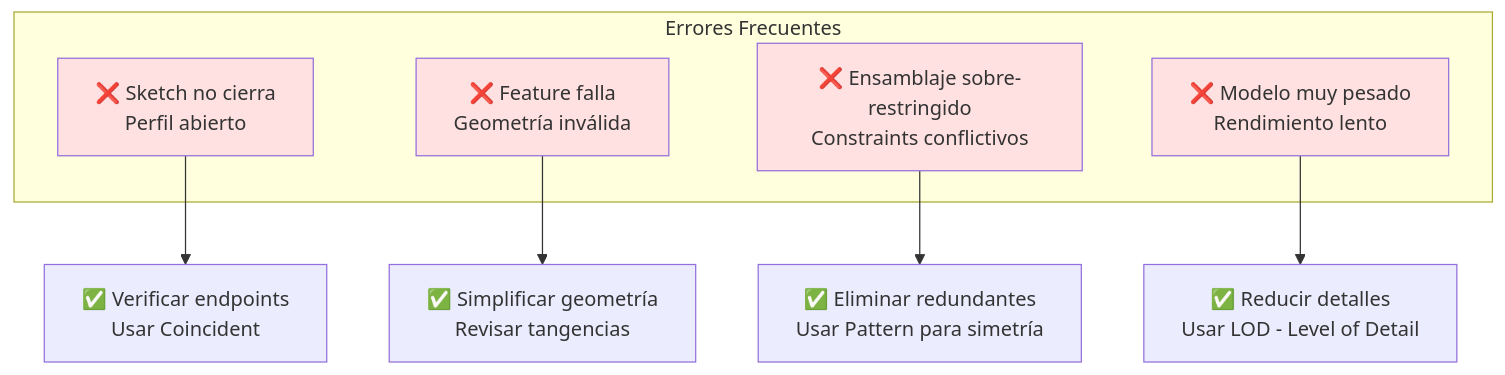
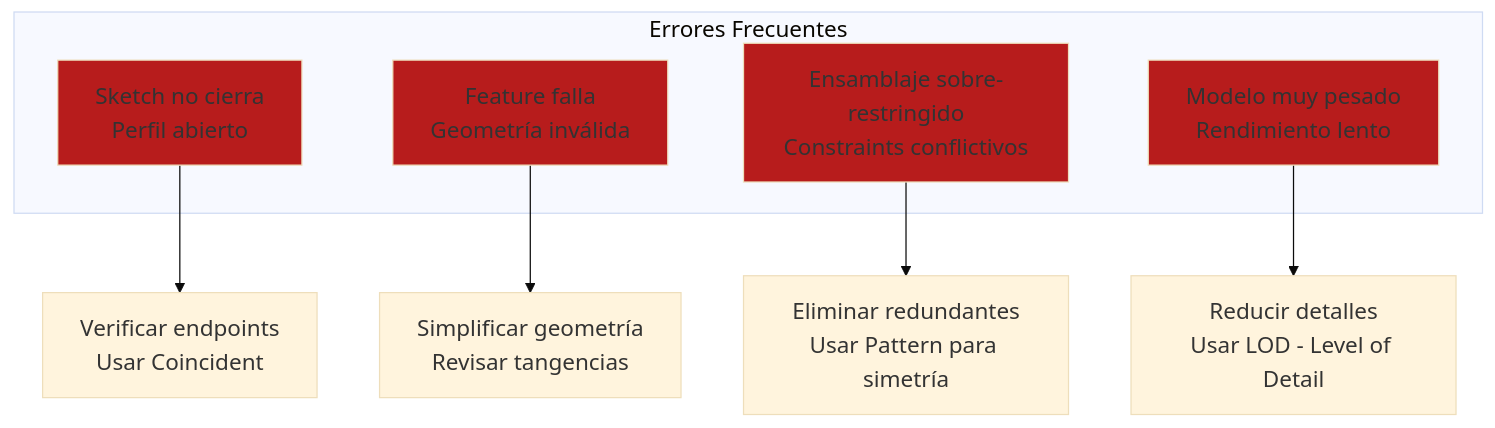
The tenth of 10 diagrams in courses/🟡-development/FPUNA-2026/03-INGENIERIA-AERONAUTICA/01-cad-ia.md (Ai-Whisperers/Courses-Content), drawn with Mermaid before and after one commit. The commit also changed other lines of this file and 47 other files, not shown here.

First line of the commit message:
fix: Make all 473 diagrams WCAG AAA accessible (FPUNA-2026)

````diff
--- a/courses/🟡-development/FPUNA-2026/03-INGENIERIA-AERONAUTICA/01-cad-ia.md
+++ b/courses/🟡-development/FPUNA-2026/03-INGENIERIA-AERONAUTICA/01-cad-ia.md
@@ -1005,19 +1014,20 @@
 ```mermaid
+%%{init: {'theme':'base', 'themeVariables': {'fontSize':'18px'}}}%%
 graph TD
     subgraph "Errores Frecuentes"
-        A[❌ Sketch no cierra<br/>Perfil abierto]
-        B[❌ Feature falla<br/>Geometría inválida]
-        C[❌ Ensamblaje sobre-restringido<br/>Constraints conflictivos]
-        D[❌ Modelo muy pesado<br/>Rendimiento lento]
+        A[Sketch no cierra<br/>Perfil abierto]
+        B[Feature falla<br/>Geometría inválida]
+        C[Ensamblaje sobre-restringido<br/>Constraints conflictivos]
+        D[Modelo muy pesado<br/>Rendimiento lento]
     end
     
-    A --> A1[✅ Verificar endpoints<br/>Usar Coincident]
-    B --> B1[✅ Simplificar geometría<br/>Revisar tangencias]
-    C --> C1[✅ Eliminar redundantes<br/>Usar Pattern para simetría]
-    D --> D1[✅ Reducir detalles<br/>Usar LOD - Level of Detail]
+    A --> A1[Verificar endpoints<br/>Usar Coincident]
+    B --> B1[Simplificar geometría<br/>Revisar tangencias]
+    C --> C1[Eliminar redundantes<br/>Usar Pattern para simetría]
+    D --> D1[Reducir detalles<br/>Usar LOD - Level of Detail]
     
-    style A fill:#FFE1E1
-    style B fill:#FFE1E1
-    style C fill:#FFE1E1
-    style D fill:#FFE1E1
+    style A fill:#b71c1c
+    style B fill:#b71c1c
+    style C fill:#b71c1c
+    style D fill:#b71c1c
 ```
````
